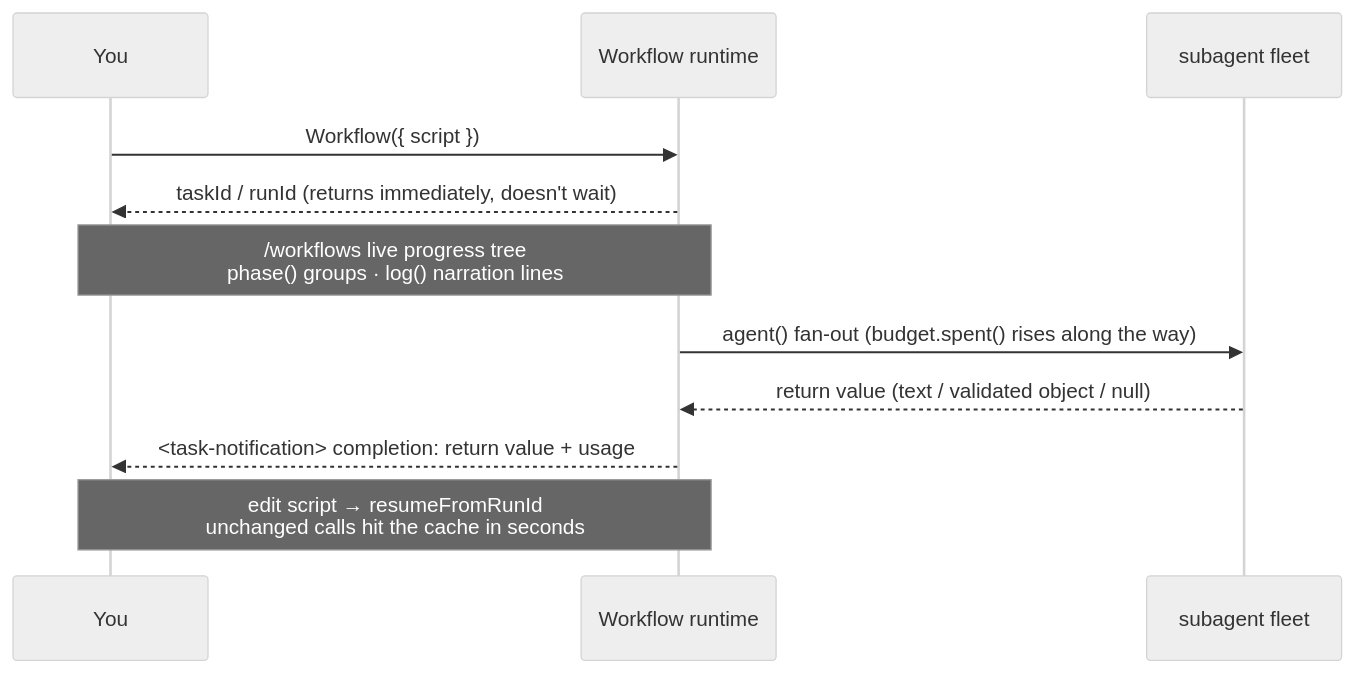
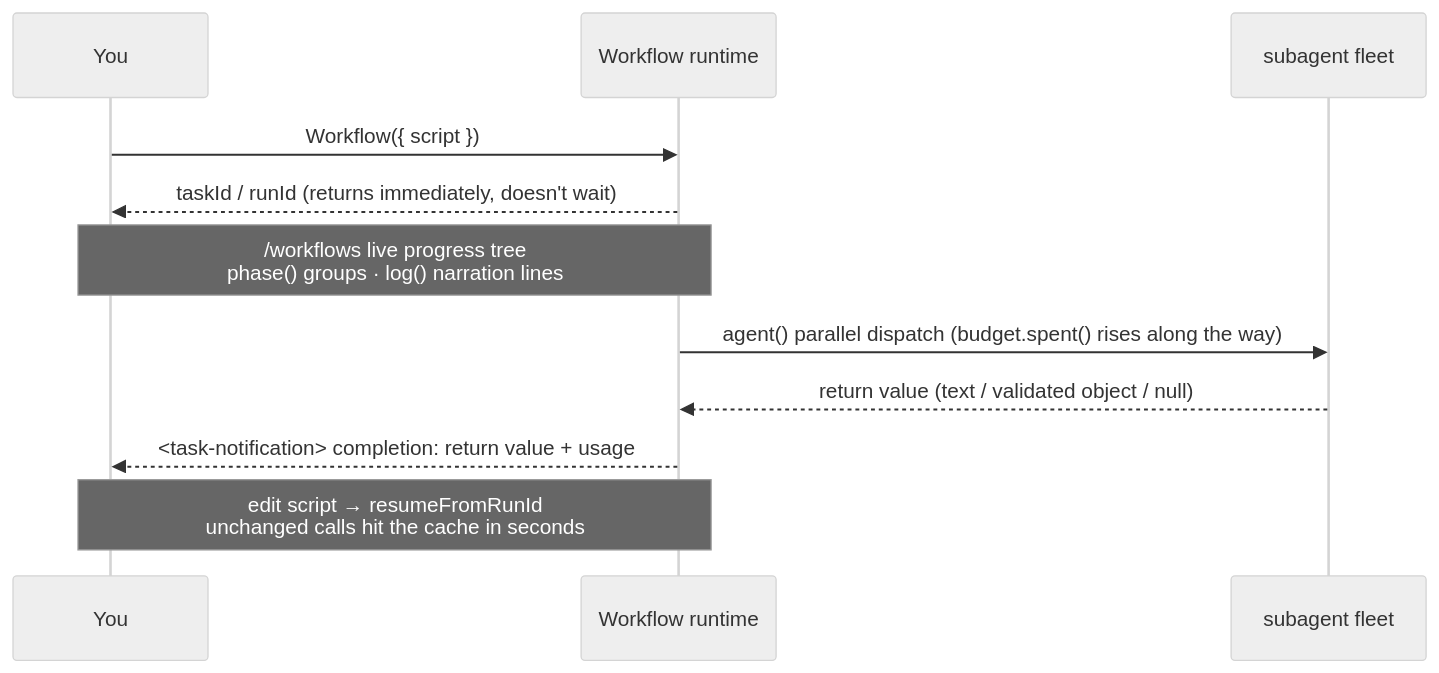
Before and after one commit to AGI-is-going-to-arrive/workflow-cookbook: the diagram in docs/en/p2-09-progress-and-budget.md, drawn with Mermaid (neutral theme). The commit also changed other lines of this file and 78 other files, not shown here.

````diff
--- a/docs/en/p2-09-progress-and-budget.md
+++ b/docs/en/p2-09-progress-and-budget.md
@@ -11,13 +11,13 @@
 ```mermaid
 sequenceDiagram
     participant You as You
     participant WF as Workflow runtime
     participant A as subagent fleet
     You->>WF: Workflow({ script })
     WF-->>You: taskId / runId (returns immediately, doesn't wait)
     Note over You,WF: /workflows live progress tree<br/>phase() groups · log() narration lines
-    WF->>A: agent() fan-out (budget.spent() rises along the way)
+    WF->>A: agent() parallel dispatch (budget.spent() rises along the way)
     A-->>WF: return value (text / validated object / null)
     WF-->>You: <task-notification> completion: return value + usage
     Note over You,WF: edit script → resumeFromRunId<br/>unchanged calls hit the cache in seconds
 ```
````
